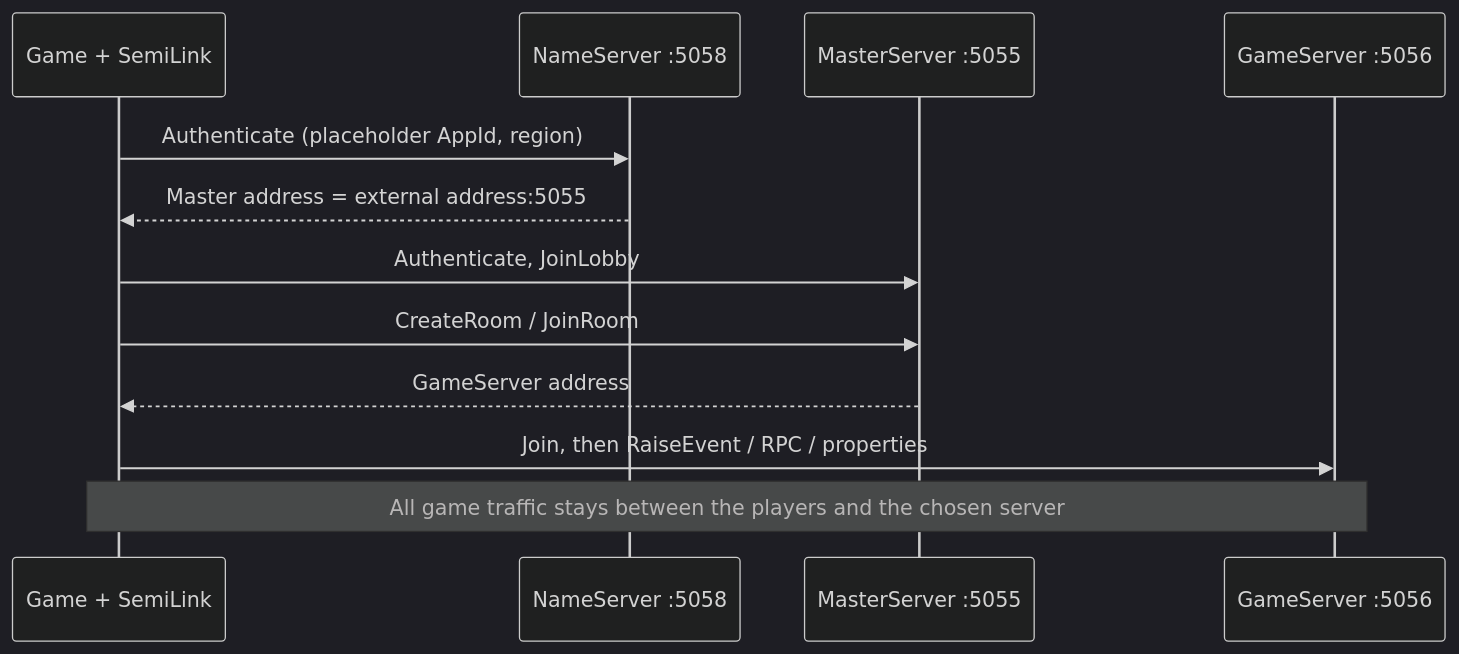
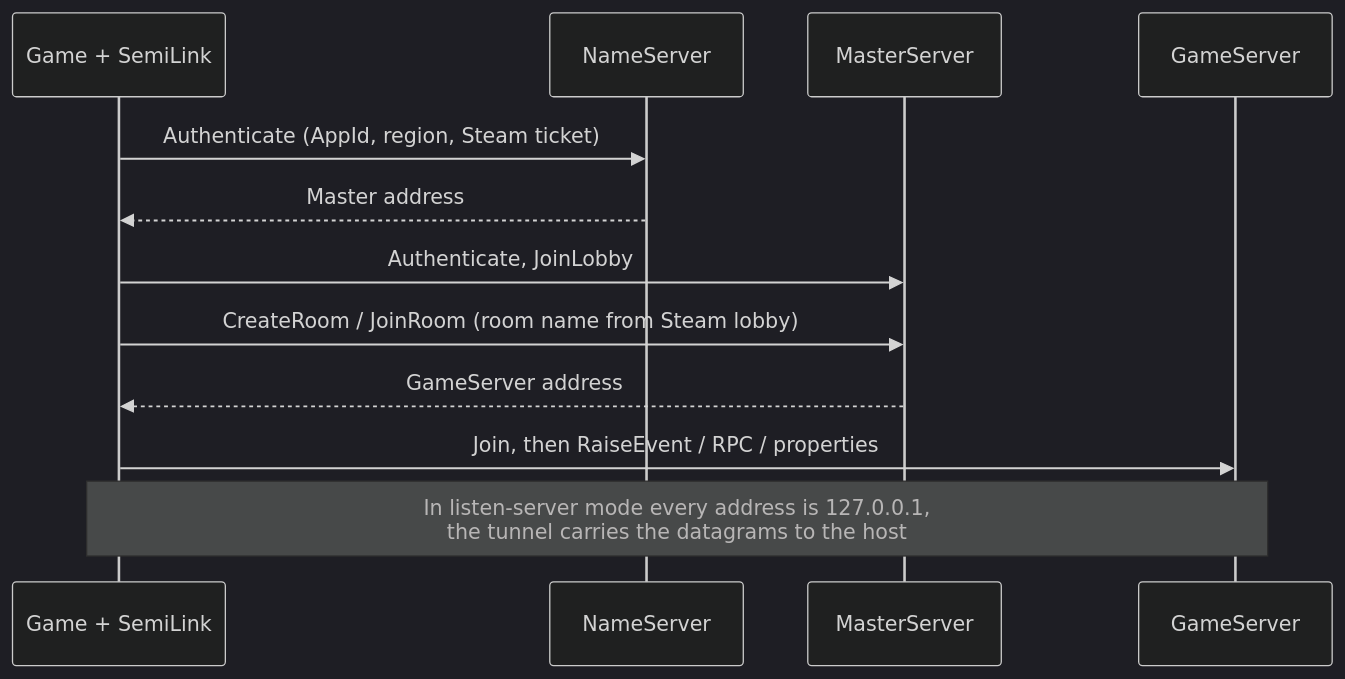
Before and after one commit to haulnet/haulnet-repo: the fourth of 4 diagrams in docs/architecture.md, drawn with Mermaid (dark theme). The commit also changed other lines of this file and 11 other files, not shown here.

````diff
--- a/docs/architecture.md
+++ b/docs/architecture.md
@@ -75,14 +88,14 @@
 ```mermaid
 sequenceDiagram
     participant G as Game + SemiLink
-    participant N as NameServer :5058
-    participant M as MasterServer :5055
-    participant GS as GameServer :5056
-    G->>N: Authenticate (placeholder AppId, region)
-    N-->>G: Master address = external address:5055
+    participant N as NameServer
+    participant M as MasterServer
+    participant GS as GameServer
+    G->>N: Authenticate (AppId, region, Steam ticket)
+    N-->>G: Master address
     G->>M: Authenticate, JoinLobby
-    G->>M: CreateRoom / JoinRoom
+    G->>M: CreateRoom / JoinRoom (room name from Steam lobby)
     M-->>G: GameServer address
     G->>GS: Join, then RaiseEvent / RPC / properties
-    Note over G,GS: All game traffic stays between the players and the chosen server
+    Note over G,GS: In listen-server mode every address is 127.0.0.1,<br/>the tunnel carries the datagrams to the host
 ```
````
